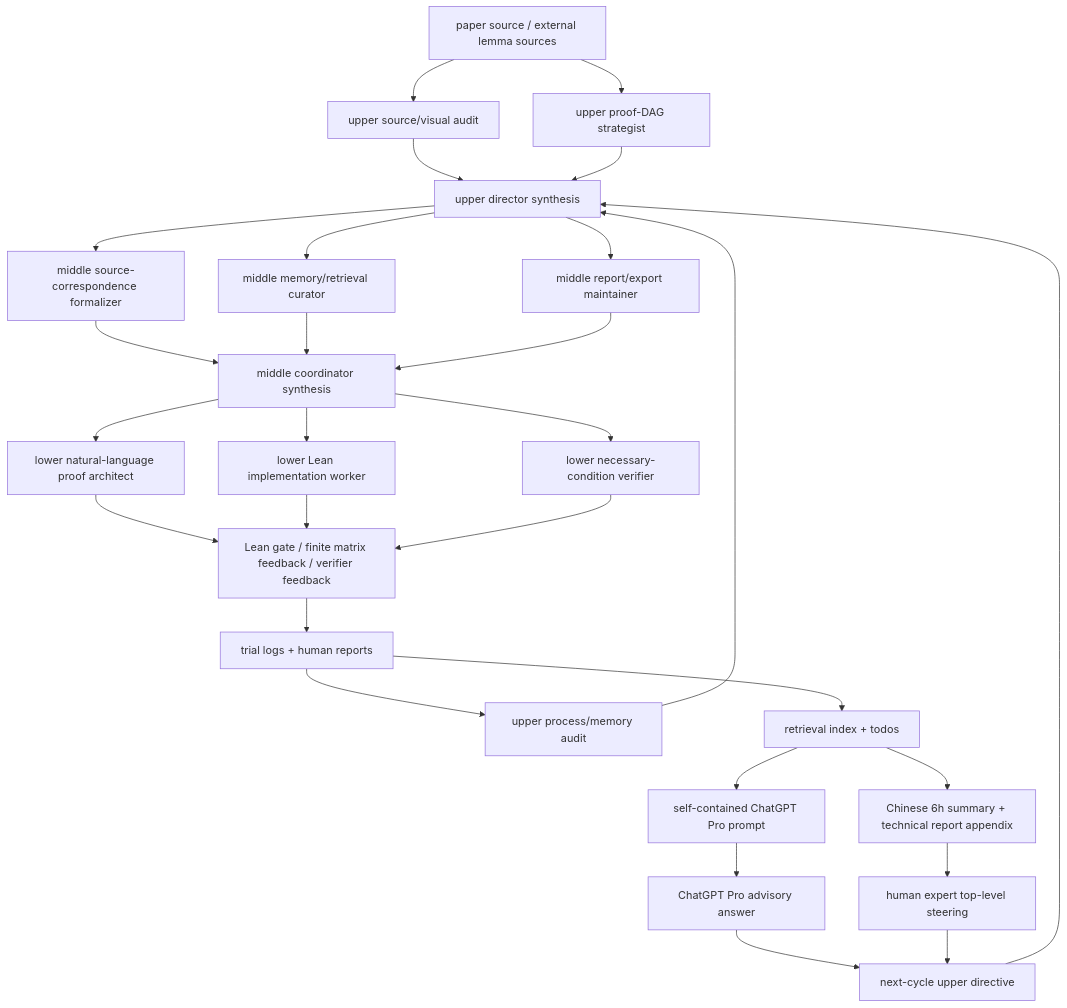
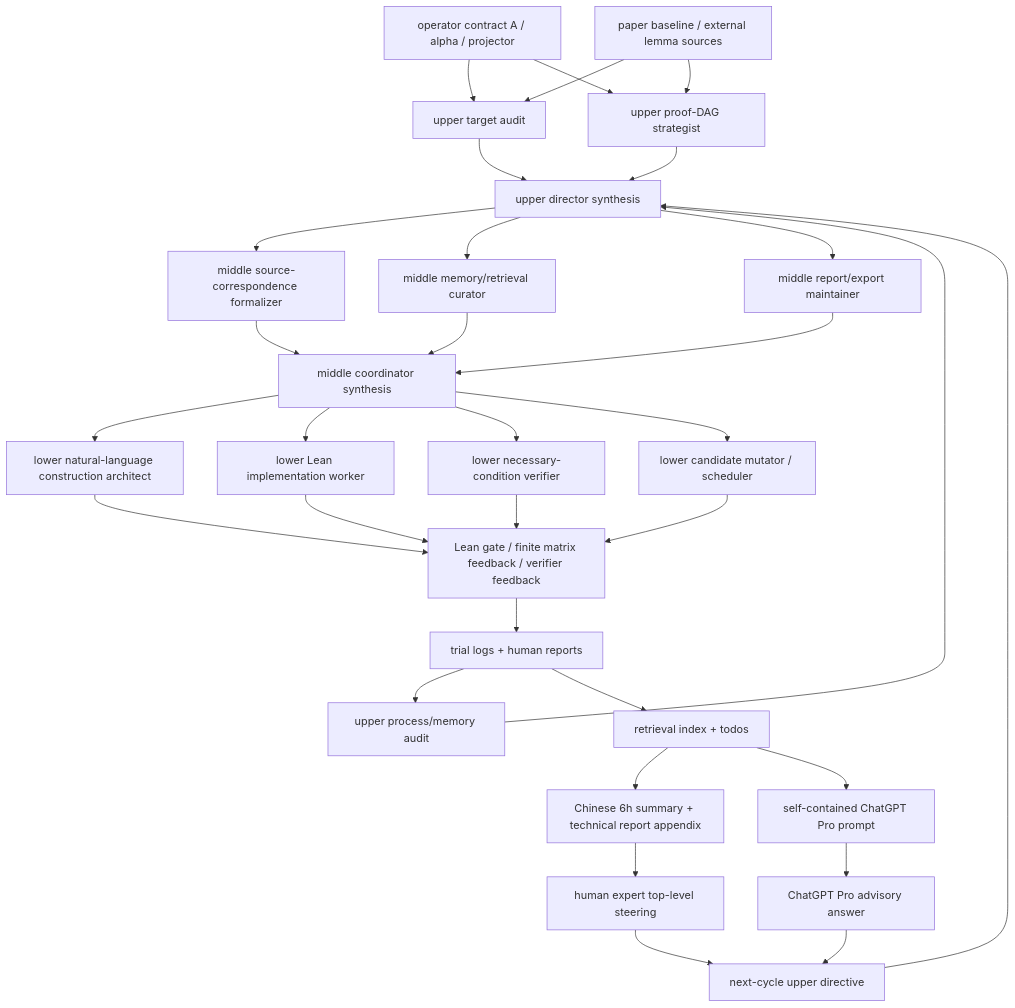
Before and after one commit to DakeBU/Quantum-Computing-Block-Encoding: the second of 2 diagrams in README.md, drawn with Mermaid. The commit also changed other lines of this file and 22 other files, not shown here.

````diff
--- a/README.md
+++ b/README.md
@@ -173,30 +226,34 @@
 ```mermaid
 flowchart TD
-  A["paper source / external lemma sources"] --> B["upper source/visual audit"]
+  A["operator contract A / alpha / projector"] --> B["upper target audit"]
+  S["paper baseline / external lemma sources"] --> B
+  S --> C["upper proof-DAG strategist"]
   A --> C["upper proof-DAG strategist"]
   J["trial logs + human reports"] --> D["upper process/memory audit"]
   B --> E["upper director synthesis"]
   C --> E
   D --> E
   E --> F["middle source-correspondence formalizer"]
   E --> G["middle memory/retrieval curator"]
   E --> H["middle report/export maintainer"]
   F --> I["middle coordinator synthesis"]
   G --> I
   H --> I
-  I --> M["lower natural-language proof architect"]
+  I --> M["lower natural-language construction architect"]
   I --> N["lower Lean implementation worker"]
   I --> P["lower necessary-condition verifier"]
+  I --> R["lower candidate mutator / scheduler"]
   M --> O["Lean gate / finite matrix feedback / verifier feedback"]
   N --> O
   P --> O
+  R --> O
   O --> J
   J --> K["retrieval index + todos"]
   K --> L["Chinese 6h summary + technical report appendix"]
   K --> Q["self-contained ChatGPT Pro prompt"]
   Q --> X["ChatGPT Pro advisory answer"]
   L --> Y["human expert top-level steering"]
   X --> Z["next-cycle upper directive"]
   Y --> Z
   Z --> E
 ```
````
